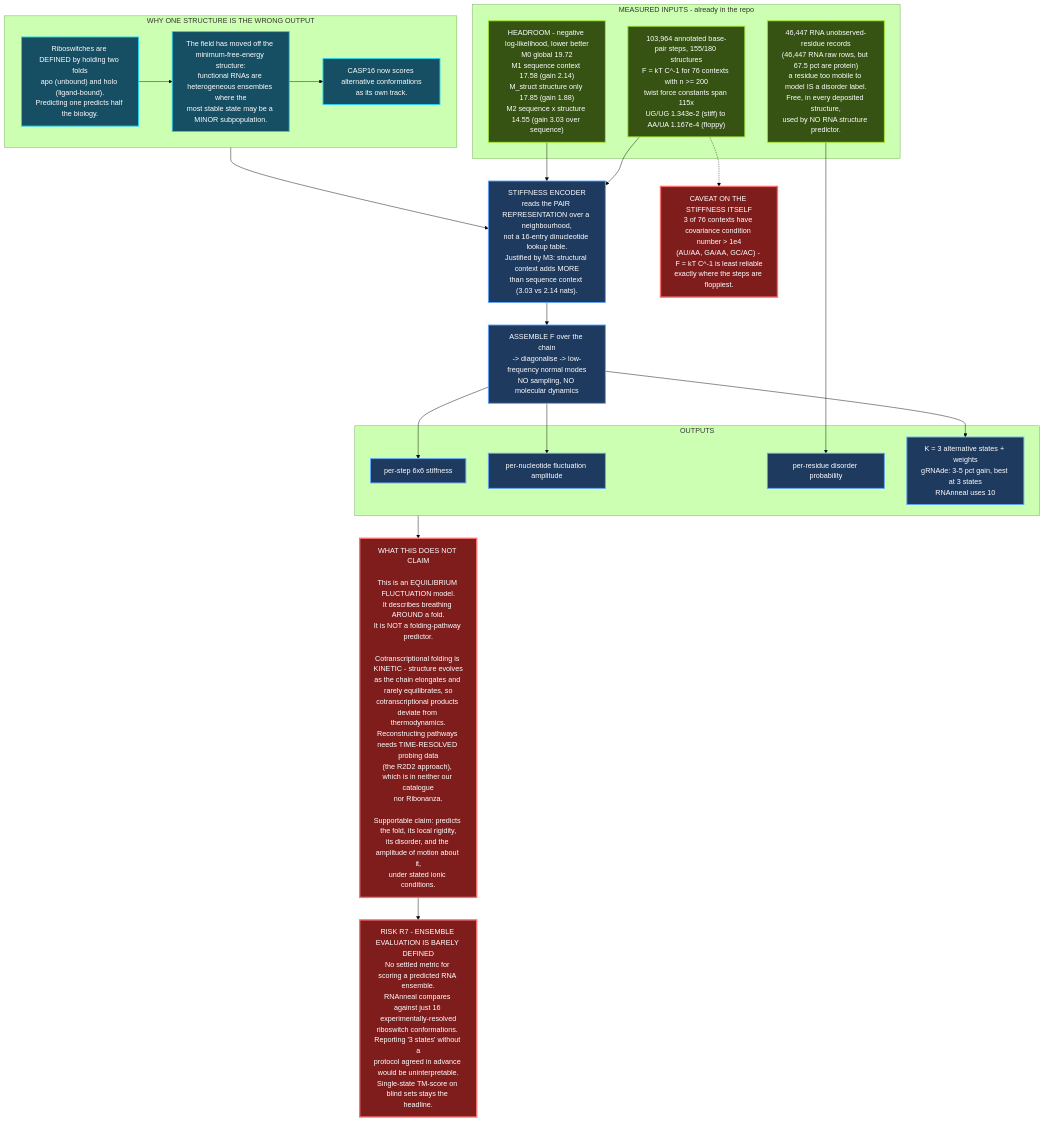
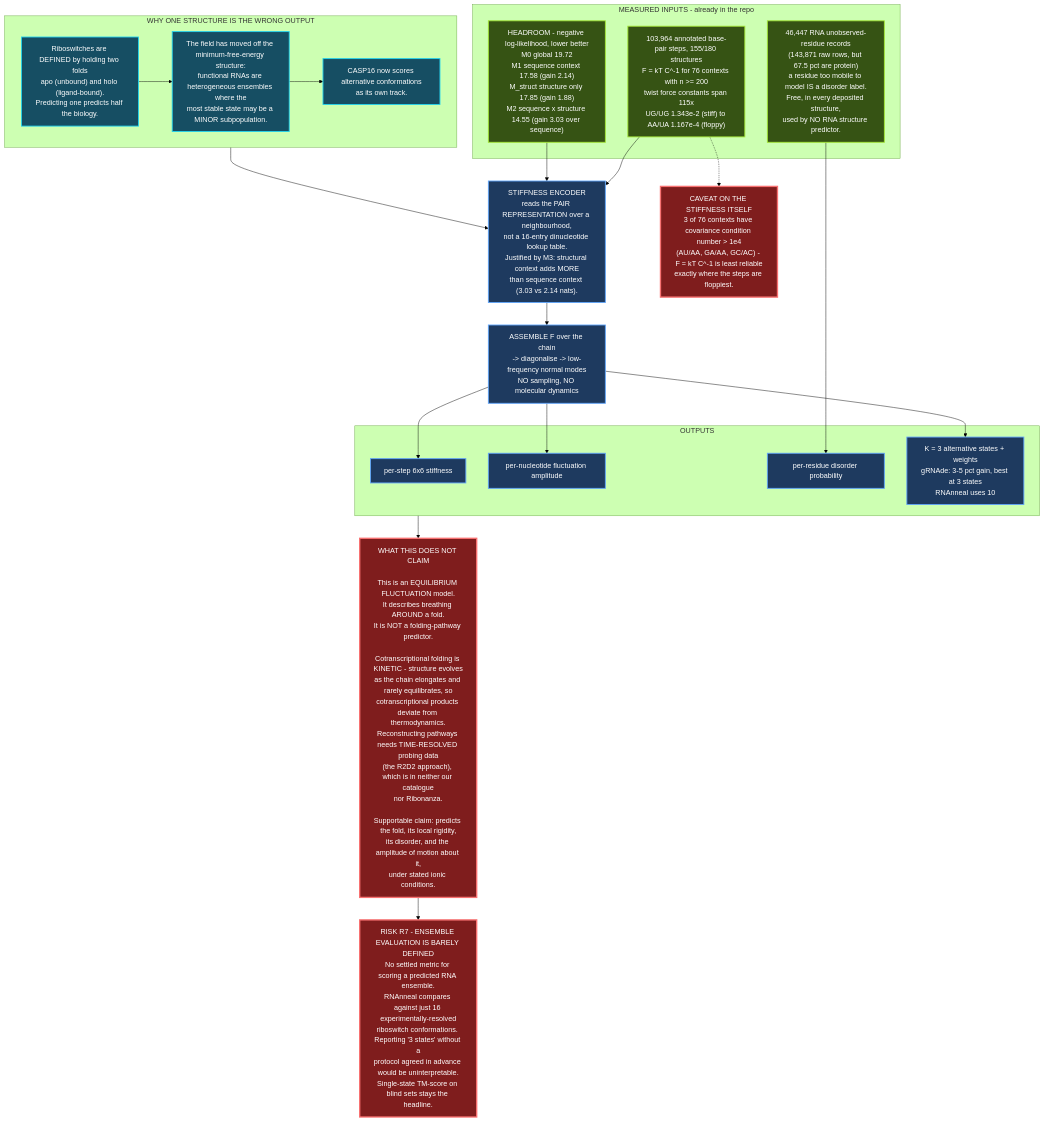
One commit to E-Motioner-X-SBS/sbs-rna changed the diagram in research/architecture/diagrams/08-dynamics-ensemble.mmd. Above: the diagram before and after it, drawn with Mermaid (forest theme). The commit also changed 10 other files, not shown here.

```diff
--- a/research/architecture/diagrams/08-dynamics-ensemble.mmd
+++ b/research/architecture/diagrams/08-dynamics-ensemble.mmd
@@ -1,52 +1,52 @@
 graph TB
     subgraph WHY["WHY ONE STRUCTURE IS THE WRONG OUTPUT"]
         W1["Riboswitches are DEFINED by holding two folds<br/>apo (unbound) and holo (ligand-bound).<br/>Predicting one predicts half the biology."]
         W2["The field has moved off the minimum-free-energy structure:<br/>functional RNAs are heterogeneous ensembles where the<br/>most stable state may be a MINOR subpopulation."]
         W3["CASP16 now scores alternative conformations<br/>as its own track."]
         W1 --> W2 --> W3
     end
 
     subgraph MEAS["MEASURED INPUTS - already in the repo"]
         M1["103,964 annotated base-pair steps, 155/180 structures<br/>F = kT C^-1 for 76 contexts with n >= 200<br/>twist force constants span 115x<br/>UG/UG 1.343e-2 (stiff) to AA/UA 1.167e-4 (floppy)"]
-        M2["46,447 RNA unobserved-residue records<br/>(46,447 RNA raw rows, but 67.5 pct are protein)<br/>a residue too mobile to model IS a disorder label.<br/>Free, in every deposited structure,<br/>used by NO RNA structure predictor."]
+        M2["46,447 RNA unobserved-residue records<br/>(143,871 raw rows, but 67.5 pct are protein)<br/>a residue too mobile to model IS a disorder label.<br/>Free, in every deposited structure,<br/>used by NO RNA structure predictor."]
         M3["HEADROOM - negative log-likelihood, lower better<br/>M0 global 19.72<br/>M1 sequence context 17.58 (gain 2.14)<br/>M_struct structure only 17.85 (gain 1.88)<br/>M2 sequence x structure 14.55 (gain 3.03 over sequence)"]
     end
 
     ENC["STIFFNESS ENCODER<br/>reads the PAIR REPRESENTATION over a neighbourhood,<br/>not a 16-entry dinucleotide lookup table.<br/>Justified by M3: structural context adds MORE<br/>than sequence context (3.03 vs 2.14 nats)."]
 
     ASM["ASSEMBLE F over the chain<br/>-> diagonalise -> low-frequency normal modes<br/>NO sampling, NO molecular dynamics"]
 
     subgraph OUT["OUTPUTS"]
         O1["per-step 6x6 stiffness"]
         O2["per-nucleotide fluctuation amplitude"]
         O3["per-residue disorder probability"]
         O4["K = 3 alternative states + weights<br/>gRNAde: 3-5 pct gain, best at 3 states<br/>RNAnneal uses 10"]
     end
 
     M1 --> ENC
     M3 --> ENC
     ENC --> ASM
     ASM --> O1
     ASM --> O2
     M2 --> O3
     ASM --> O4
     WHY --> ENC
 
     LIMIT["WHAT THIS DOES NOT CLAIM<br/><br/>This is an EQUILIBRIUM FLUCTUATION model.<br/>It describes breathing AROUND a fold.<br/>It is NOT a folding-pathway predictor.<br/><br/>Cotranscriptional folding is KINETIC - structure evolves<br/>as the chain elongates and rarely equilibrates, so<br/>cotranscriptional products deviate from thermodynamics.<br/>Reconstructing pathways needs TIME-RESOLVED probing data<br/>(the R2D2 approach), which is in neither our catalogue<br/>nor Ribonanza.<br/><br/>Supportable claim: predicts the fold, its local rigidity,<br/>its disorder, and the amplitude of motion about it,<br/>under stated ionic conditions."]
 
     R7["RISK R7 - ENSEMBLE EVALUATION IS BARELY DEFINED<br/>No settled metric for scoring a predicted RNA ensemble.<br/>RNAnneal compares against just 16 experimentally-resolved<br/>riboswitch conformations. Reporting '3 states' without a<br/>protocol agreed in advance would be uninterpretable.<br/>Single-state TM-score on blind sets stays the headline."]
 
     OUT --> LIMIT
     LIMIT --> R7
 
     CAV["CAVEAT ON THE STIFFNESS ITSELF<br/>3 of 76 contexts have covariance condition number > 1e4<br/>(AU/AA, GA/AA, GC/AC) - F = kT C^-1 is least reliable<br/>exactly where the steps are floppiest."]
     M1 -.-> CAV
 
     classDef meas fill:#365314,stroke:#a3e635,stroke-width:2px,color:#fff
     classDef step fill:#1e3a5f,stroke:#60a5fa,stroke-width:2px,color:#fff
     classDef warn fill:#7f1d1d,stroke:#f87171,stroke-width:3px,color:#fff
     classDef ctx fill:#164e63,stroke:#22d3ee,stroke-width:2px,color:#fff
     class M1,M2,M3 meas
     class ENC,ASM,O1,O2,O3,O4 step
     class LIMIT,R7,CAV warn
     class W1,W2,W3 ctx
```
